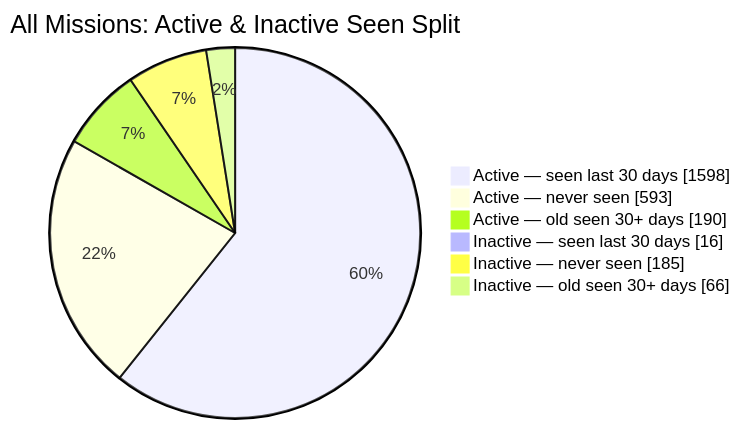
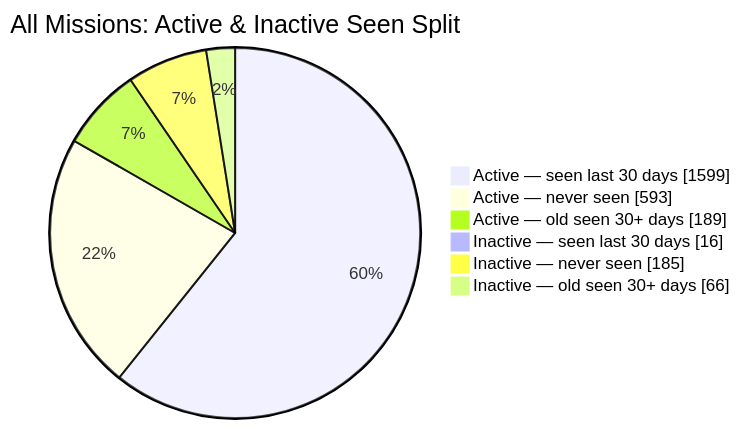
The second of 2 diagrams in README.md (MeldkamerspelGameTeam/active-missions), drawn with Mermaid before and after one commit. The commit also changed other lines of this file and 2 other files, not shown here.

````diff
--- a/README.md
+++ b/README.md
@@ -44,10 +44,10 @@
 ```mermaid
 pie showData
     title All Missions: Active & Inactive Seen Split
-    "Active — seen last 30 days" : 1598
+    "Active — seen last 30 days" : 1599
     "Active — never seen" : 593
-    "Active — old seen 30+ days" : 190
+    "Active — old seen 30+ days" : 189
     "Inactive — seen last 30 days" : 16
     "Inactive — never seen" : 185
     "Inactive — old seen 30+ days" : 66
 ```
````
